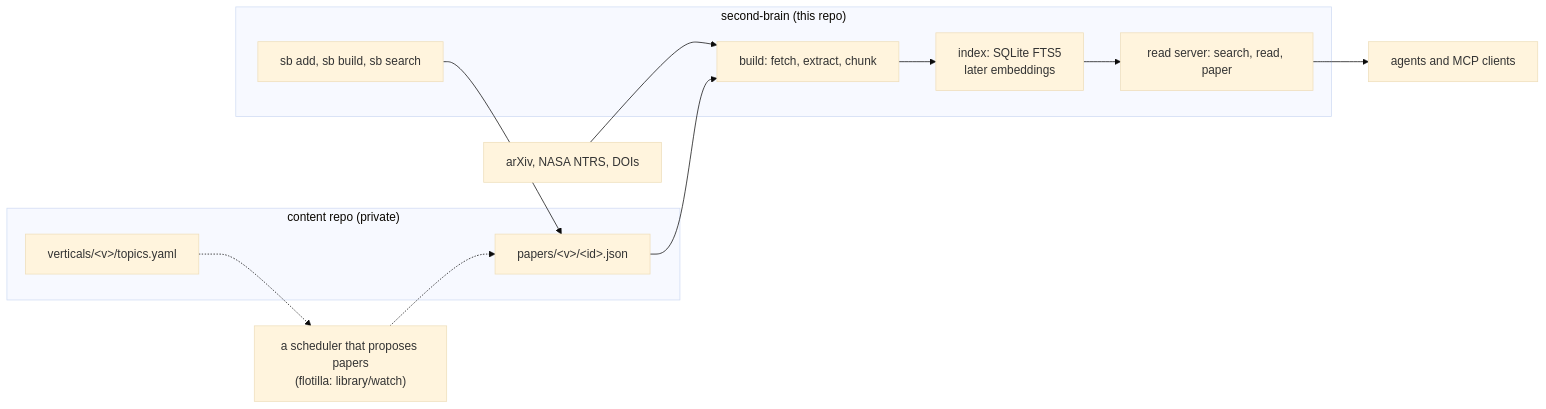
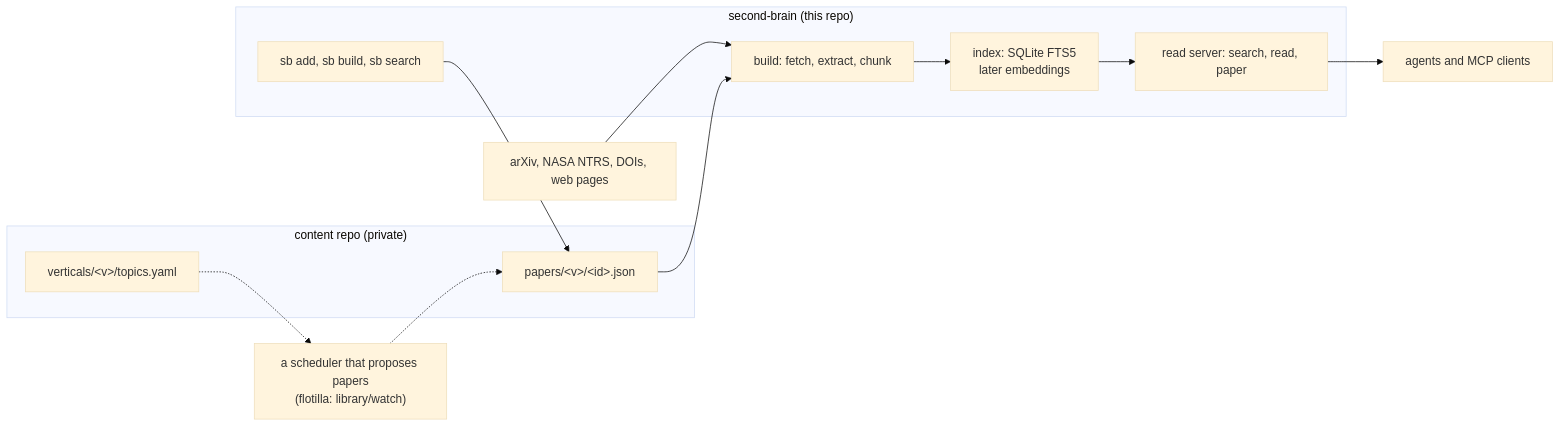
Before and after one commit to chipi/second-brain: the diagram in docs/rfc/RFC-0001-the-library.md, drawn with Mermaid (base theme). The commit also changed other lines of this file and 9 other files, not shown here.

First line of the commit message:
url: id kind for a web page (url:<absolute http(s) URL>), through seed, fetch, fulltext, build and the read tools

````diff
--- a/docs/rfc/RFC-0001-the-library.md
+++ b/docs/rfc/RFC-0001-the-library.md
@@ -41,19 +41,19 @@
 ```mermaid
 flowchart LR
     subgraph CONTENT["content repo (private)"]
         TOP["verticals/&lt;v&gt;/topics.yaml"]
         MAN["papers/&lt;v&gt;/&lt;id&gt;.json"]
     end
     subgraph SB["second-brain (this repo)"]
         CLI["sb add, sb build, sb search"]
         BUILD["build: fetch, extract, chunk"]
         IDX["index: SQLite FTS5<br/>later embeddings"]
         MCP["read server: search, read, paper"]
     end
-    SRC["arXiv, NASA NTRS, DOIs"] --> BUILD
+    SRC["arXiv, NASA NTRS, DOIs, web pages"] --> BUILD
     MAN --> BUILD --> IDX --> MCP
     CLI --> MAN
     MCP --> AG["agents and MCP clients"]
     W["a scheduler that proposes papers<br/>(flotilla: library/watch)"] -.-> MAN
     TOP -.-> W
 ```
````
